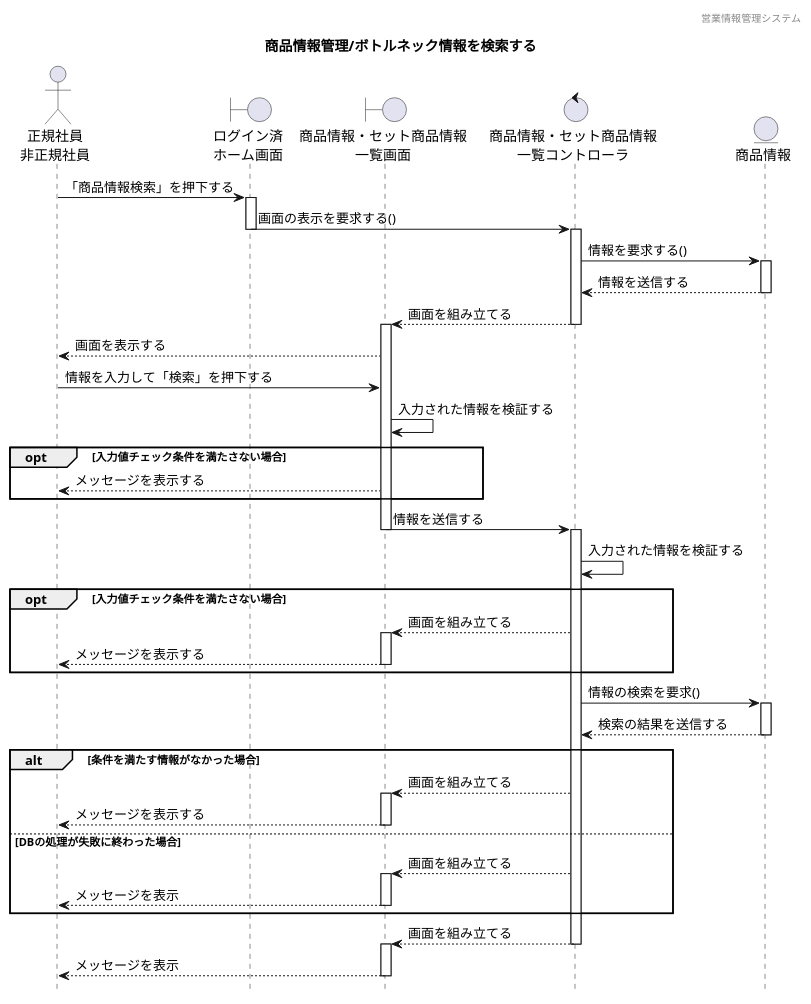
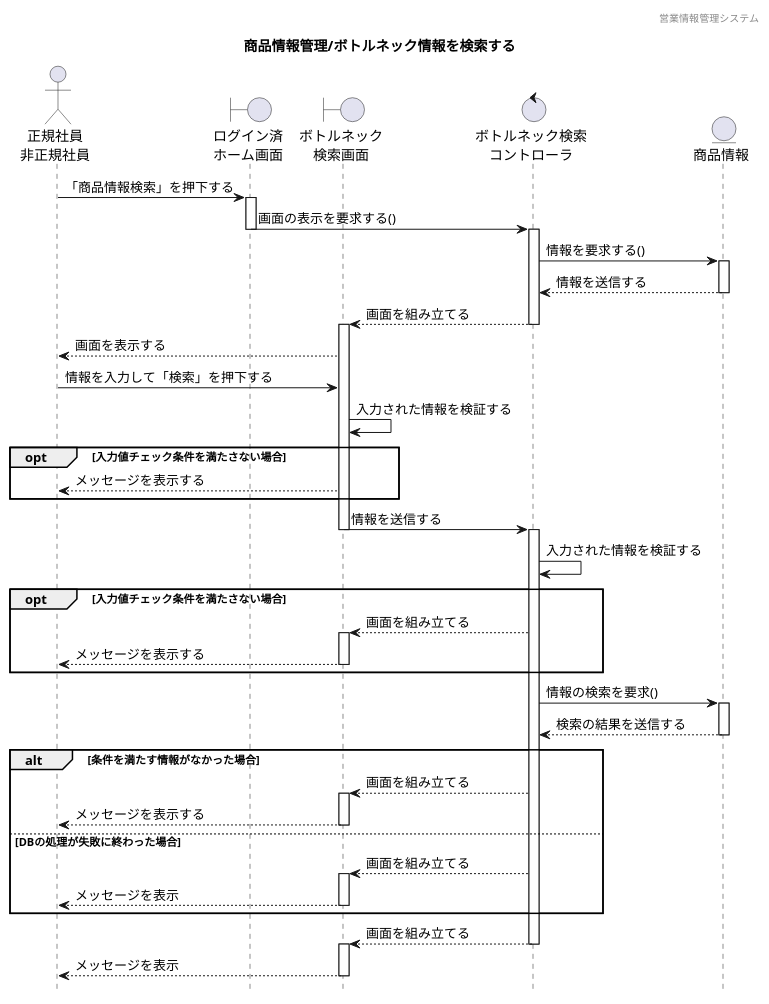
The diagram in 各種設計書/4シーケンス図/商品情報管理/2.検索機能/ボトルネック情報検索.plantuml (HaruShim/Sotuken), drawn with PlantUML before and after one commit. The commit also changed 2 other files, not shown here.

```diff
--- a/各種設計書/4シーケンス図/商品情報管理/2.検索機能/ボトルネック情報検索.plantuml
+++ b/各種設計書/4シーケンス図/商品情報管理/2.検索機能/ボトルネック情報検索.plantuml
@@ -1,69 +1,69 @@
 @startuml ../../images/検索機能/ボトルネック情報検索
 
 hide footbox
 header 営業情報管理システム
 title 商品情報管理/ボトルネック情報を検索する
 
 ' actor "" as a
 actor "正規社員\n非正規社員" as a1
 
 ' boundary "" as b
 boundary "ログイン済\nホーム画面" as b1
-boundary "商品情報・セット商品情報\n一覧画面" as b2
+boundary "ボトルネック\n検索画面" as b2
 
 ' control "" as c
-control "商品情報・セット商品情報\n一覧コントローラ" as c1
+control "ボトルネック検索\nコントローラ" as c1
 
 ' entity "" as e
 entity "商品情報" as e1
 
 a1 -> b1 : 「商品情報検索」を押下する
 activate b1
 b1 -> c1 : 画面の表示を要求する()
 deactivate b1
 activate c1
 c1 -> e1 : 情報を要求する()
 activate e1
 e1 --> c1 : 情報を送信する
 deactivate e1
 c1 --> b2 : 画面を組み立てる
 deactivate c1
 activate b2
 b2 --> a1 : 画面を表示する
 a1 -> b2 : 情報を入力して「検索」を押下する
 b2 -> b2 : 入力された情報を検証する
 opt 入力値チェック条件を満たさない場合
 b2 --> a1 : メッセージを表示する
 end
 b2 -> c1 : 情報を送信する
 deactivate b2
 activate c1
 c1 -> c1 : 入力された情報を検証する
 opt 入力値チェック条件を満たさない場合
 c1 --> b2 : 画面を組み立てる
 activate b2
 b2 --> a1 : メッセージを表示する
 deactivate b2
 end
 c1 -> e1 : 情報の検索を要求()
 activate e1
 e1 --> c1 : 検索の結果を送信する
 deactivate e1
 alt 条件を満たす情報がなかった場合
 c1 --> b2 : 画面を組み立てる
 activate b2
 b2 --> a1 : メッセージを表示する
 deactivate b2
 else DBの処理が失敗に終わった場合
 c1 --> b2 : 画面を組み立てる
 activate b2
 b2 --> a1 : メッセージを表示 
 deactivate b2
 end
 c1 --> b2 : 画面を組み立てる
 deactivate c1
 activate b2
 b2 --> a1 : メッセージを表示
 deactivate b2
 
 @enduml
```
